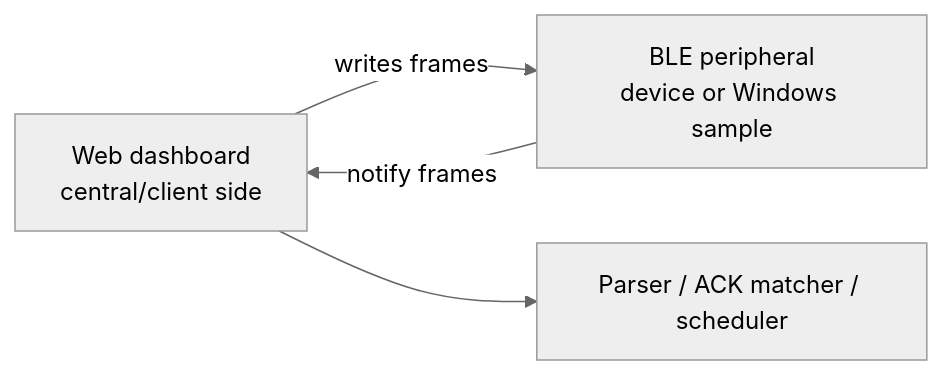
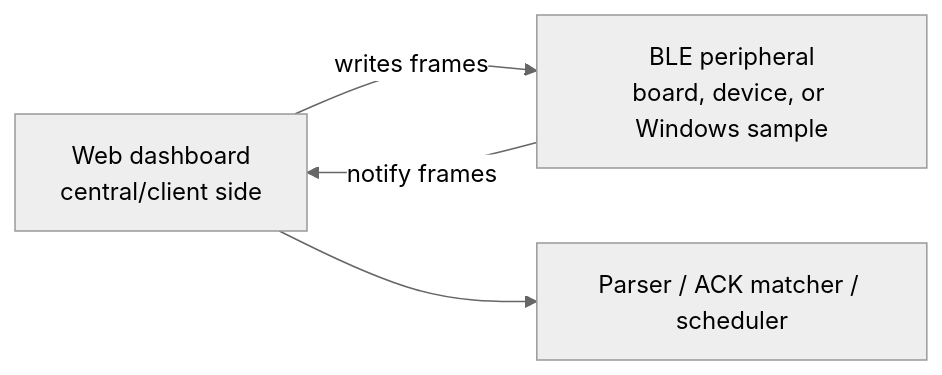
Before and after one commit to Azsoft-jp/MCard-StarterKit: the second of 2 diagrams in docs-ja/TRANSPORT_GUIDE.md, drawn with Mermaid (neutral theme). The commit also changed other lines of this file and 19 other files, not shown here.

````diff
--- a/docs-ja/TRANSPORT_GUIDE.md
+++ b/docs-ja/TRANSPORT_GUIDE.md
@@ -56,6 +129,6 @@
 ```mermaid
 flowchart LR
-  Dashboard[Web dashboard<br/>central/client side] -->|writes frames| Peripheral[BLE peripheral<br/>device or Windows sample]
+  Dashboard[Web dashboard<br/>central/client side] -->|writes frames| Peripheral[BLE peripheral<br/>board, device, or Windows sample]
   Peripheral -->|notify frames| Dashboard
   Dashboard --> Parser[Parser / ACK matcher / scheduler]
 ```
````
